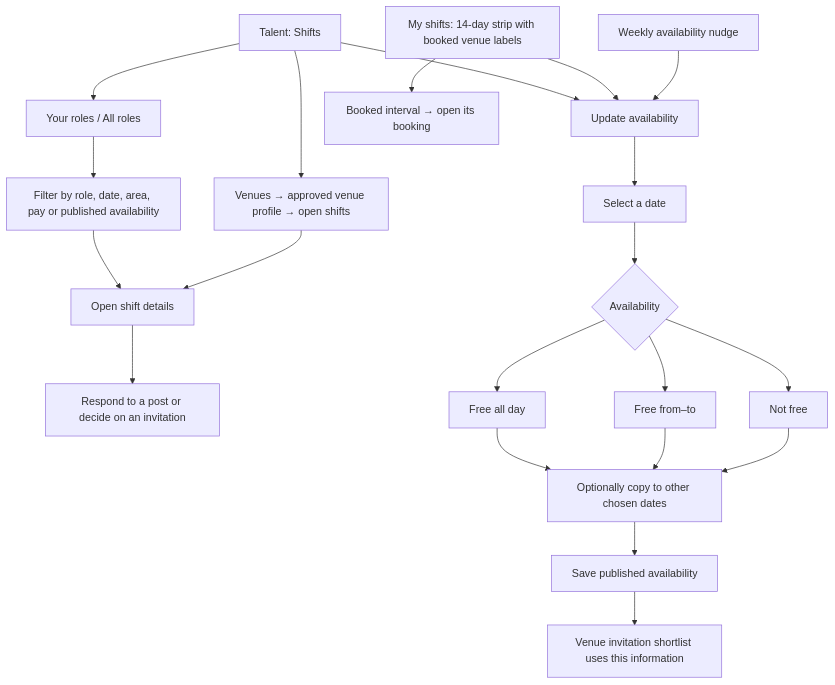
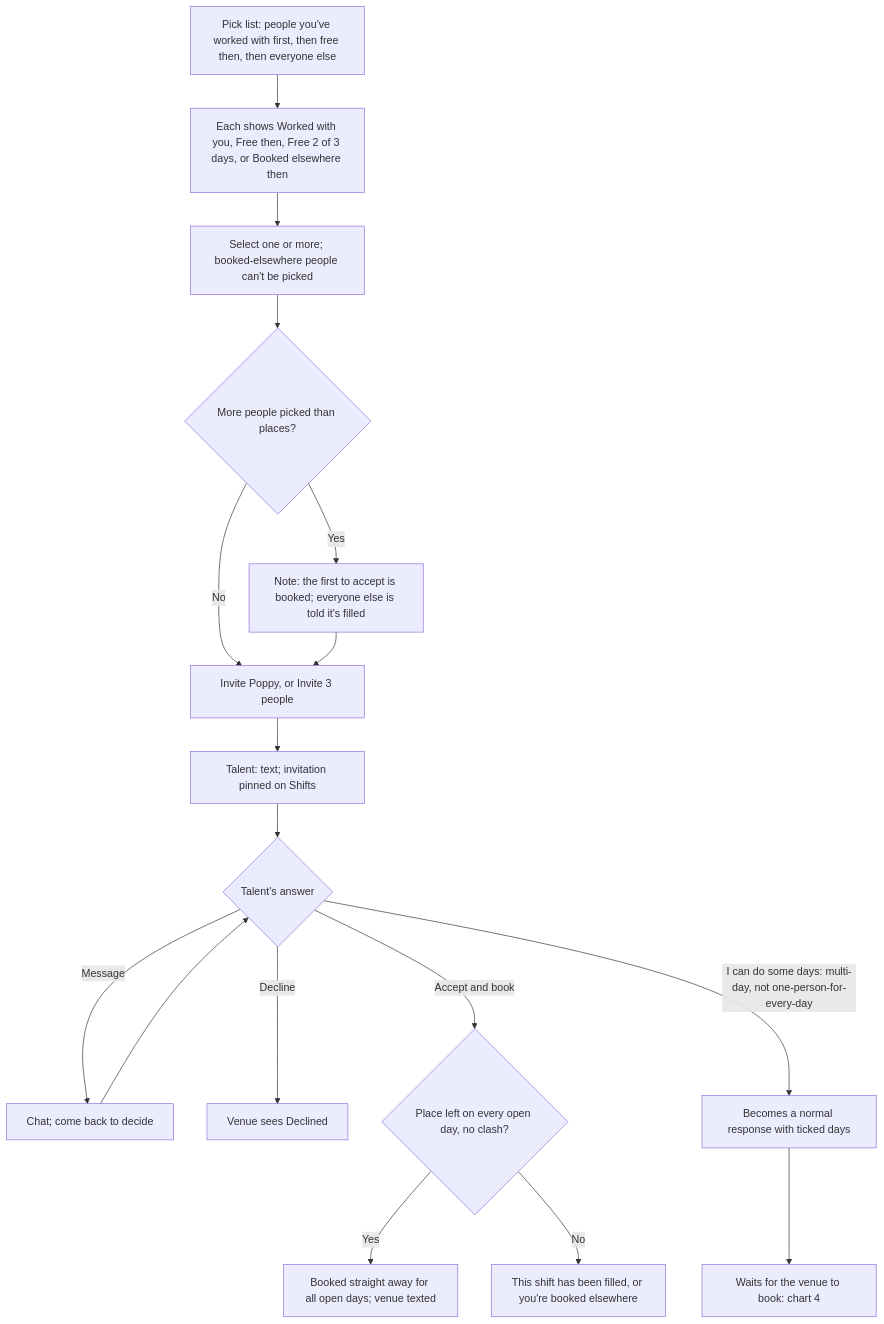
One commit to Envo-Entity/dyuknow changed the fifth of 10 diagrams in docs/MVP-preview-flowcharts.md. Above: the diagram before and after it, drawn with Mermaid. The commit also changed other lines of this file and 54 other files, not shown here.

````diff
--- a/docs/MVP-preview-flowcharts.md
+++ b/docs/MVP-preview-flowcharts.md
@@ -99,23 +168,19 @@
 ```mermaid
 flowchart TD
-    T["Talent: Shifts"] --> S["Your roles / All roles"]
-    S --> FILTER["Filter by role, date, area, pay or published availability"]
-    FILTER --> DETAIL["Open shift details"]
-    T --> VENUES["Venues → approved venue profile → open shifts"]
-    VENUES --> DETAIL
-    DETAIL --> DECIDE["Respond to a post or decide on an invitation"]
-    T --> A["Update availability"]
-    HUB["My shifts: 14-day strip with booked venue labels"] --> A
-    NUDGE["Weekly availability nudge"] --> A
-    A --> DAY["Select a date"]
-    DAY --> MODE{"Availability"}
-    MODE --> FREE["Free all day"]
-    MODE --> HOURS["Free from–to"]
-    MODE --> NO["Not free"]
-    FREE --> COPY["Optionally copy to other chosen dates"]
-    HOURS --> COPY
-    NO --> COPY
-    COPY --> SAVE["Save published availability"]
-    SAVE --> SHORT["Venue invitation shortlist uses this information"]
-    HUB --> BOOKED["Booked interval → open its booking"]
+    A["Pick list: people you've worked with first, then free then, then everyone else"] --> B["Each shows Worked with you, Free then, Free 2 of 3 days, or Booked elsewhere then"]
+    B --> C["Select one or more; booked-elsewhere people can't be picked"]
+    C --> D{"More people picked than places?"}
+    D -->|"Yes"| N["Note: the first to accept is booked; everyone else is told it's filled"]
+    D -->|"No"| SEND["Invite Poppy, or Invite 3 people"]
+    N --> SEND
+    SEND --> T["Talent: text; invitation pinned on Shifts"]
+    T --> Q{"Talent's answer"}
+    Q -->|"Message"| CHAT["Chat; come back to decide"]
+    CHAT --> Q
+    Q -->|"Decline"| DEC["Venue sees Declined"]
+    Q -->|"Accept and book"| ACC{"Place left on every open day, no clash?"}
+    ACC -->|"Yes"| BOOKED["Booked straight away for all open days; venue texted"]
+    ACC -->|"No"| GONE["This shift has been filled, or you're booked elsewhere"]
+    Q -->|"I can do some days: multi-day, not one-person-for-every-day"| SOME["Becomes a normal response with ticked days"]
+    SOME --> WAITV["Waits for the venue to book: chart 4"]
 ```
````
